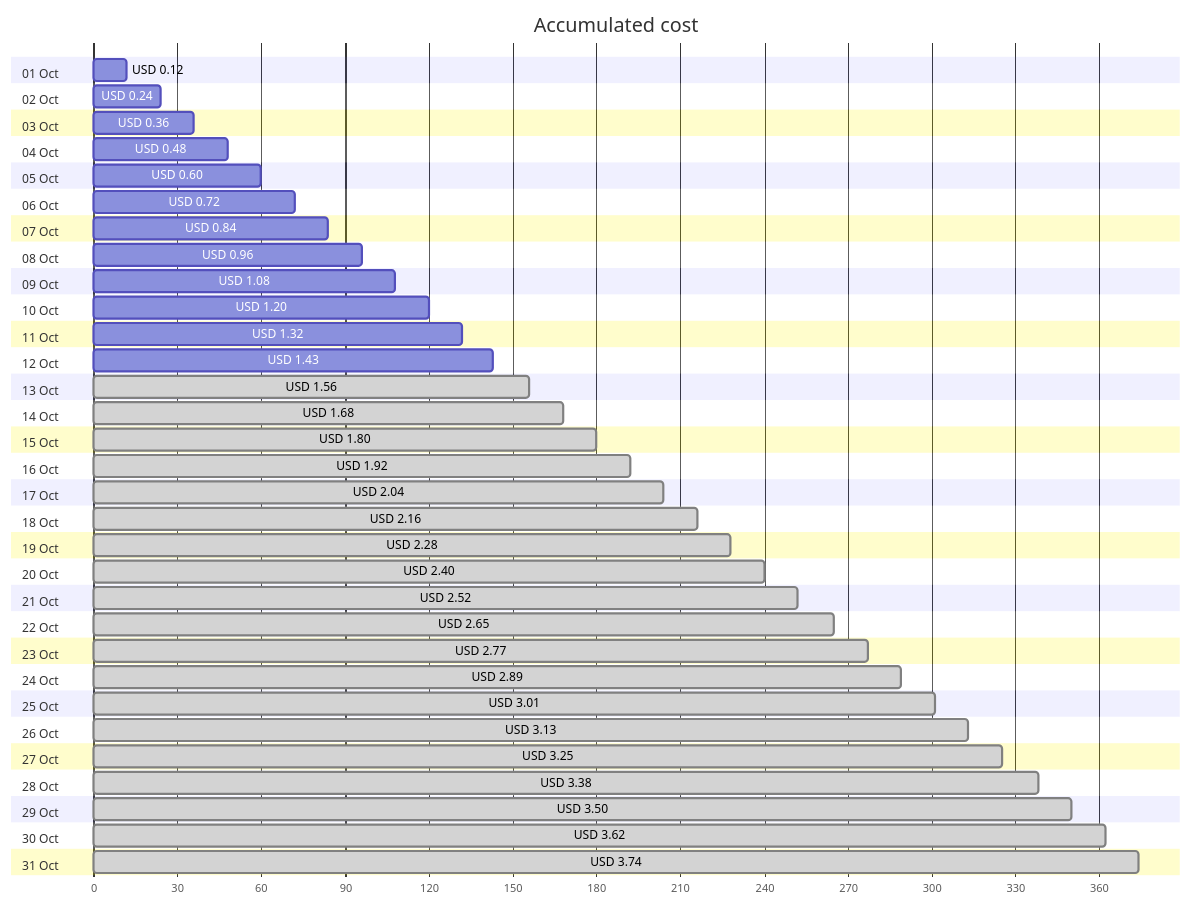
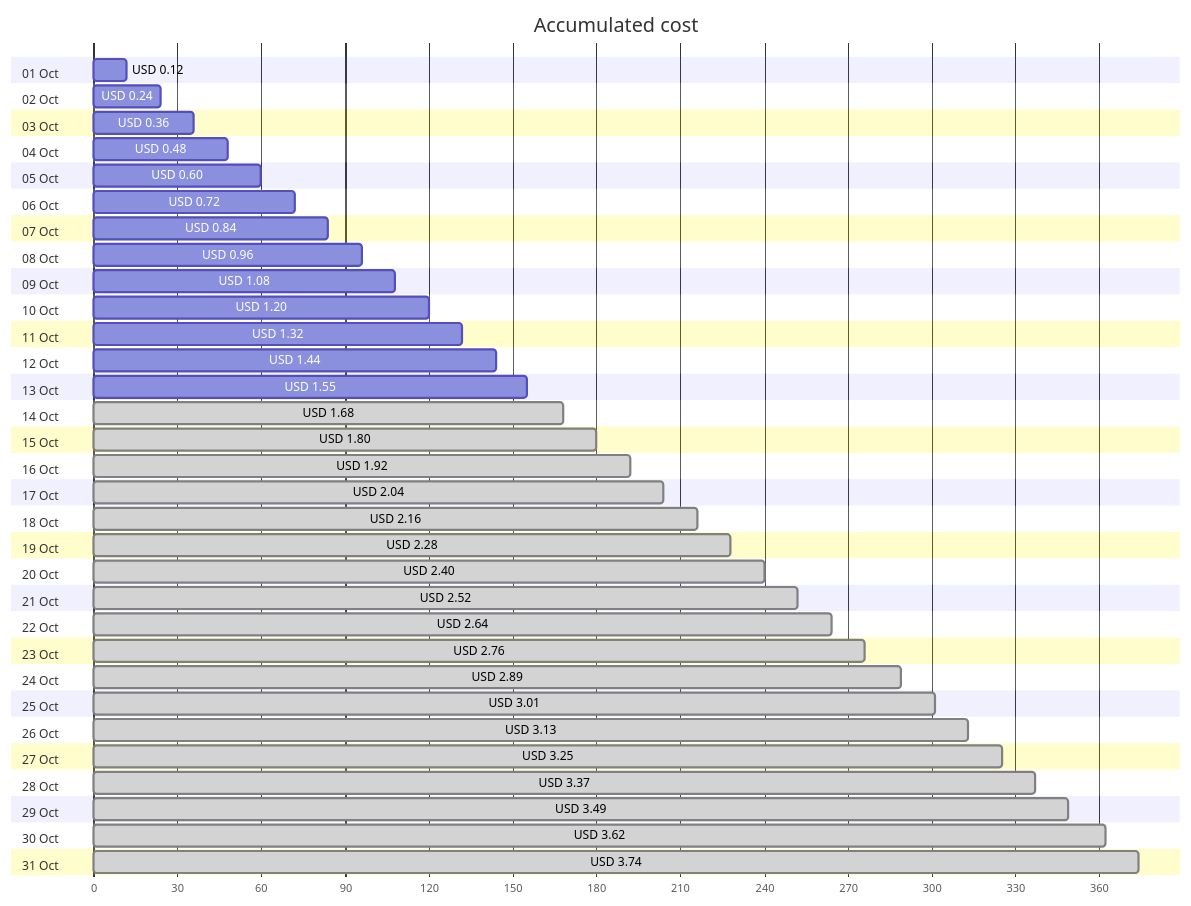
One commit to jpfulton/azure-personal-reports changed the first of 4 diagrams in cost-reports/personal-network/vpn-server-public-ip.md. Above: the diagram before and after it, drawn with Mermaid. The commit also changed other lines of this file and 8 other files, not shown here.

````diff
--- a/cost-reports/personal-network/vpn-server-public-ip.md
+++ b/cost-reports/personal-network/vpn-server-public-ip.md
@@ -20,68 +20,68 @@
 ```mermaid
 gantt
    title Accumulated cost
    dateFormat  X
    axisFormat %s
    section 01 Oct
    USD 0.12 :0, 12
    section 02 Oct
    USD 0.24 :0, 24
    section 03 Oct
    USD 0.36 :0, 36
    section 04 Oct
    USD 0.48 :0, 48
    section 05 Oct
    USD 0.60 :0, 60
    section 06 Oct
    USD 0.72 :0, 72
    section 07 Oct
    USD 0.84 :0, 84
    section 08 Oct
    USD 0.96 :0, 96
    section 09 Oct
    USD 1.08 :0, 108
    section 10 Oct
    USD 1.20 :0, 120
    section 11 Oct
    USD 1.32 :0, 132
    section 12 Oct
-   USD 1.43 :0, 143
+   USD 1.44 :0, 144
    section 13 Oct
-   USD 1.56 : done, 0, 156
+   USD 1.55 :0, 155
    section 14 Oct
    USD 1.68 : done, 0, 168
    section 15 Oct
    USD 1.80 : done, 0, 180
    section 16 Oct
    USD 1.92 : done, 0, 192
    section 17 Oct
    USD 2.04 : done, 0, 204
    section 18 Oct
    USD 2.16 : done, 0, 216
    section 19 Oct
    USD 2.28 : done, 0, 228
    section 20 Oct
    USD 2.40 : done, 0, 240
    section 21 Oct
    USD 2.52 : done, 0, 252
    section 22 Oct
-   USD 2.65 : done, 0, 265
+   USD 2.64 : done, 0, 264
    section 23 Oct
-   USD 2.77 : done, 0, 277
+   USD 2.76 : done, 0, 276
    section 24 Oct
    USD 2.89 : done, 0, 289
    section 25 Oct
    USD 3.01 : done, 0, 301
    section 26 Oct
    USD 3.13 : done, 0, 313
    section 27 Oct
    USD 3.25 : done, 0, 325
    section 28 Oct
-   USD 3.38 : done, 0, 338
+   USD 3.37 : done, 0, 337
    section 29 Oct
-   USD 3.50 : done, 0, 350
+   USD 3.49 : done, 0, 349
    section 30 Oct
    USD 3.62 : done, 0, 362
    section 31 Oct
    USD 3.74 : done, 0, 374
 ```
````
